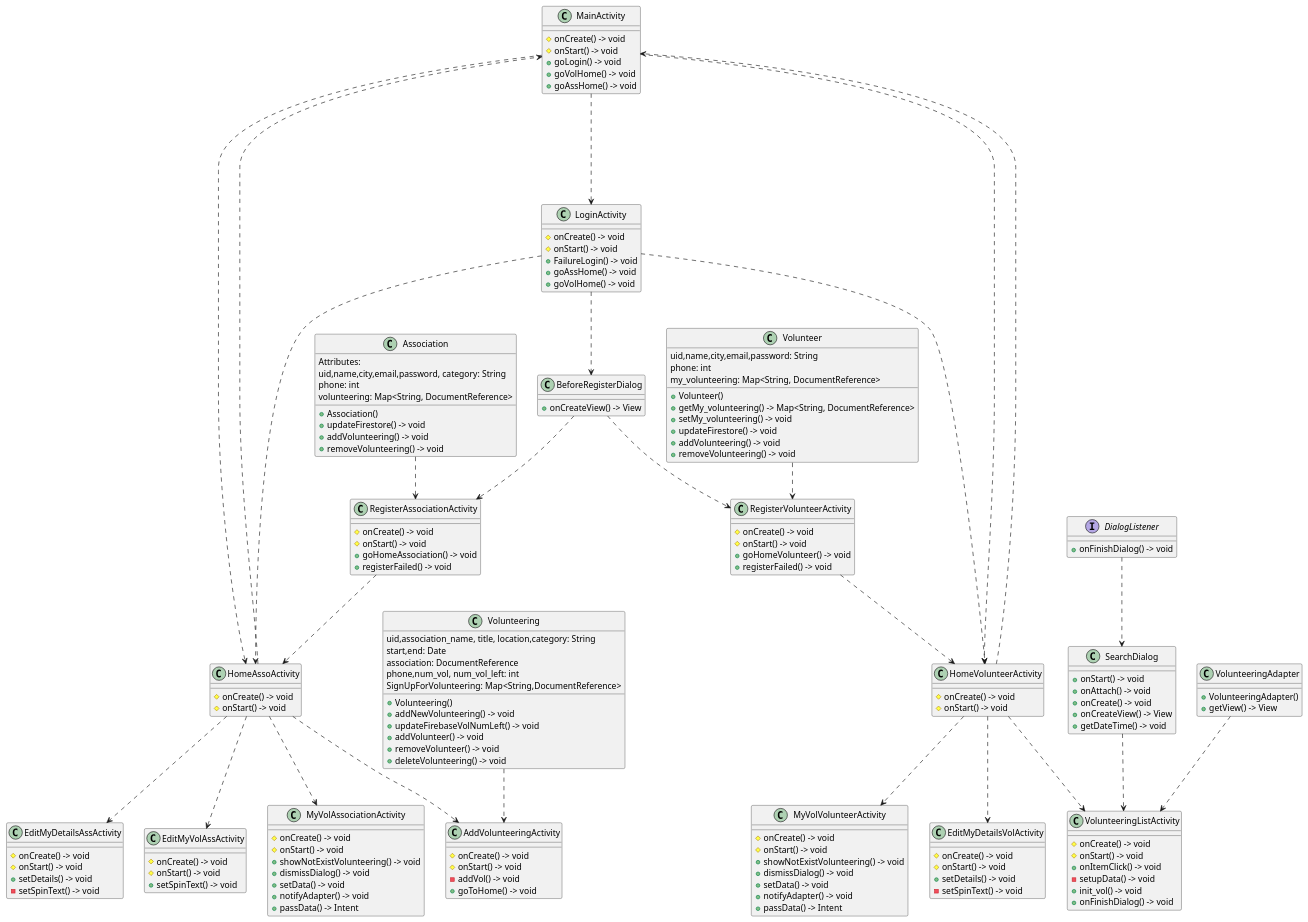
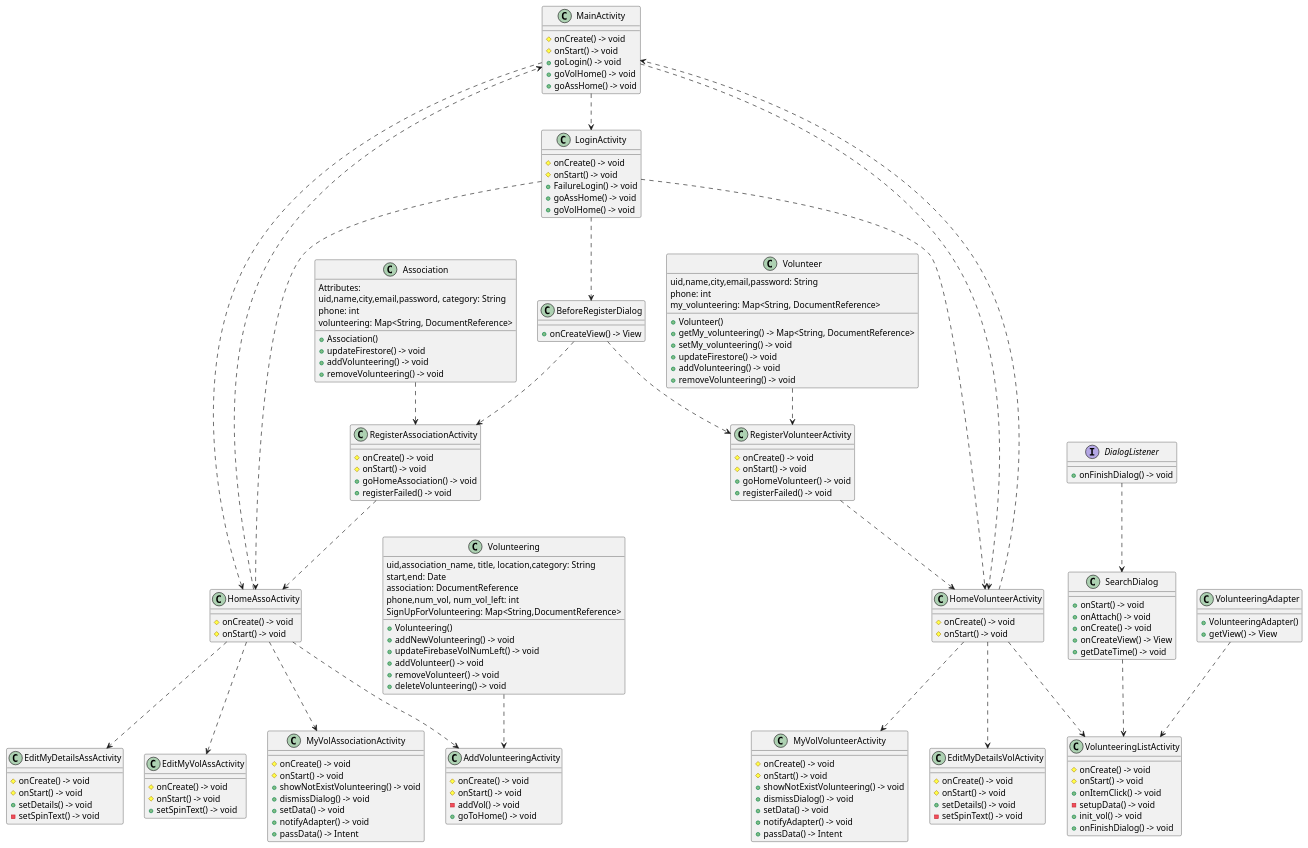
One commit to noamya-sh/DoMore changed the diagram in diagrams/class_diagram_summary.puml. Above: the diagram before and after it, drawn with PlantUML. The commit also changed 3 other files, not shown here.

```diff
--- a/diagrams/class_diagram_summary.puml
+++ b/diagrams/class_diagram_summary.puml
@@ -192,9 +192,9 @@
 
 ' From main to login OR home activities
 
-MainActivity ....> LoginActivity
-MainActivity ....> HomeVolunteerActivity
-MainActivity ....> HomeAssoActivity
+MainActivity ..> LoginActivity
+MainActivity ..> HomeVolunteerActivity
+MainActivity ..> HomeAssoActivity
 
 ' From login to home activities (with login or register):
 
```
